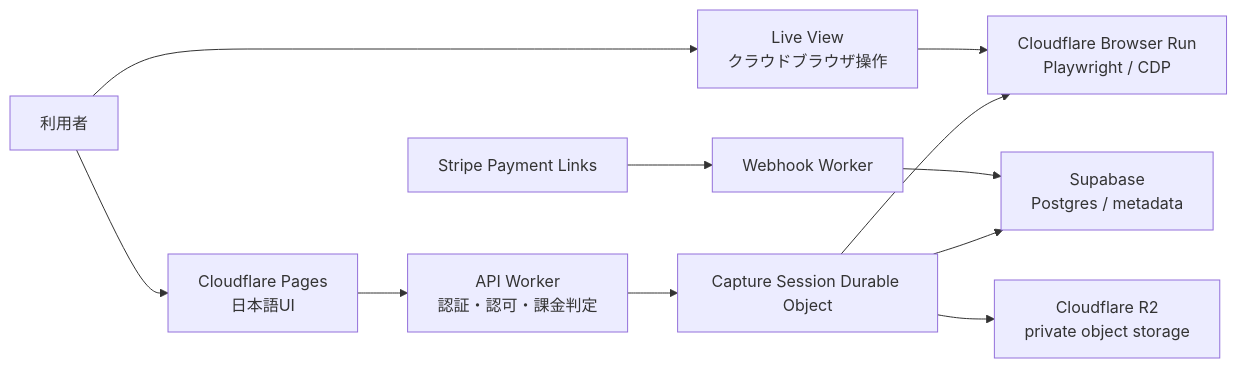
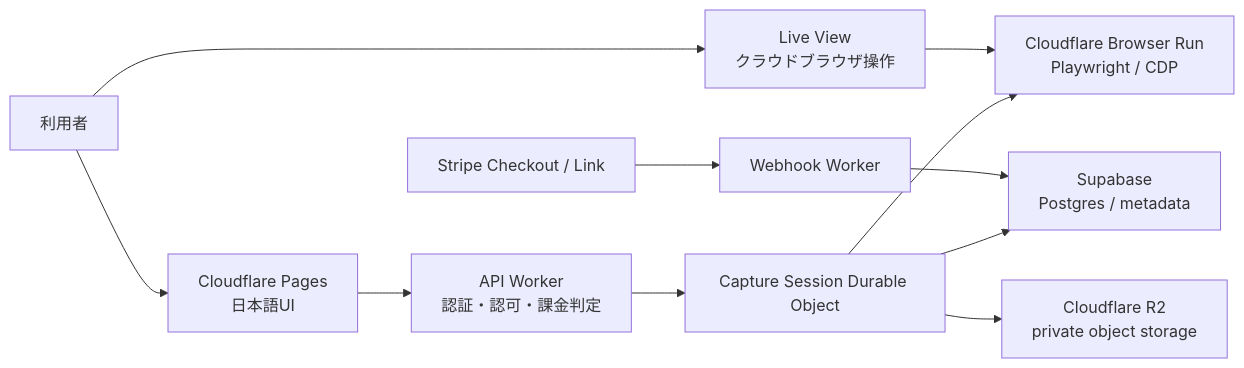
One commit to hozuo0906/meccha-manual changed the diagram in docs/03-architecture/system-overview.md. Above: the diagram before and after it, drawn with Mermaid. The commit also changed 23 other files, not shown here.

````diff
--- a/docs/03-architecture/system-overview.md
+++ b/docs/03-architecture/system-overview.md
@@ -7,13 +7,13 @@
 ```mermaid
 flowchart LR
   U["利用者"] --> P["Cloudflare Pages\n日本語UI"]
   P --> A["API Worker\n認証・認可・課金判定"]
   A --> D["Capture Session Durable Object"]
   D --> B["Cloudflare Browser Run\nPlaywright / CDP"]
   U --> L["Live View\nクラウドブラウザ操作"]
   L --> B
   D --> S["Supabase\nPostgres / metadata"]
   D --> R["Cloudflare R2\nprivate object storage"]
-  T["Stripe Payment Links"] --> W["Webhook Worker"]
+  T["Stripe Checkout / Link"] --> W["Webhook Worker"]
   W --> S
 ```
````
